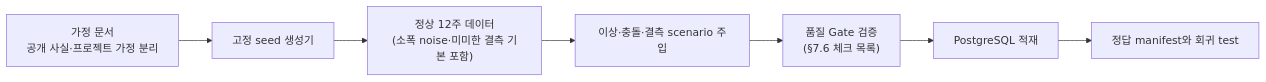
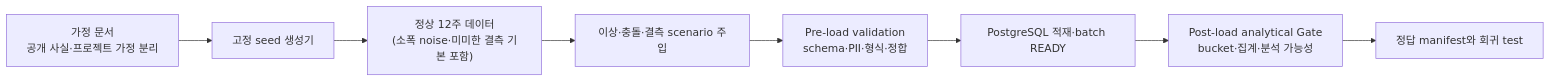
One commit to hijun318-eng/skn29_final_3team changed the seventh of 8 diagrams in docs/markdown/SensePlace_기획서_초안.md. Above: the diagram before and after it, drawn with Mermaid. The commit also changed other lines of this file and 5 other files, not shown here.

````diff
--- a/docs/markdown/SensePlace_기획서_초안.md
+++ b/docs/markdown/SensePlace_기획서_초안.md
@@ -489,9 +490,10 @@
 ```mermaid
 flowchart LR
     A["가정 문서<br/>공개 사실·프로젝트 가정 분리"] --> B["고정 seed 생성기"]
     B --> C["정상 12주 데이터<br/>(소폭 noise·미미한 결측 기본 포함)"]
     C --> D["이상·충돌·결측 scenario 주입"]
-    D --> E["품질 Gate 검증<br/>(§7.6 체크 목록)"]
-    E --> F["PostgreSQL 적재"]
-    F --> G["정답 manifest와 회귀 test"]
+    D --> E["Pre-load validation<br/>schema·PII·형식·정합"]
+    E --> F["PostgreSQL 적재·batch READY"]
+    F --> G["Post-load analytical Gate<br/>bucket·집계·분석 가능성"]
+    G --> H["정답 manifest와 회귀 test"]
 ```
````
